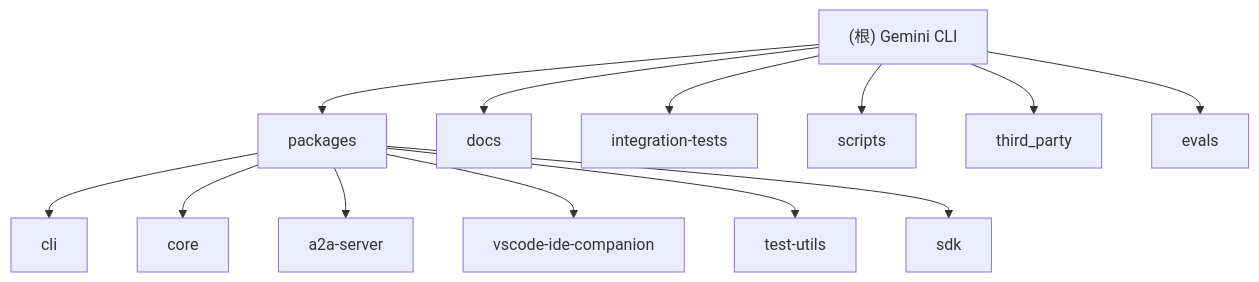
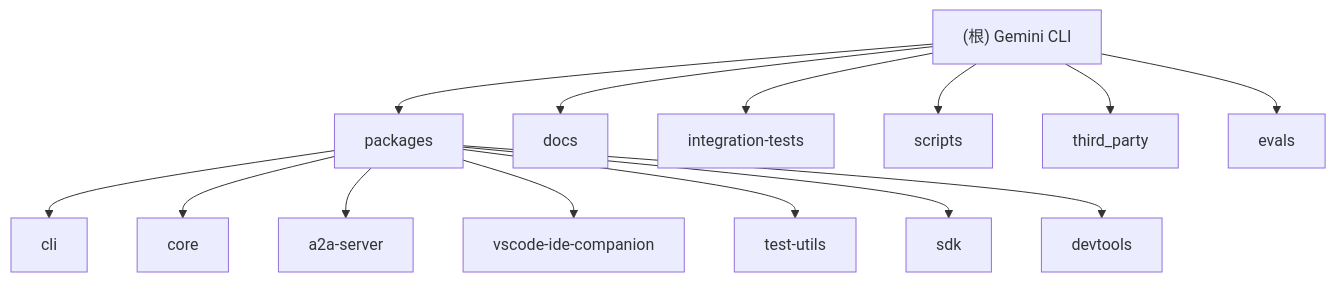
Before and after one commit to afanty2021/gemini-cli: the diagram in CLAUDE.md, drawn with Mermaid. The commit also changed other lines of this file, not shown here.

Commit message:
Update CLAUDE.md context documentation

````diff
--- a/CLAUDE.md
+++ b/CLAUDE.md
@@ -69,26 +106,28 @@
 ```mermaid
 graph TD
     A["(根) Gemini CLI"] --> B["packages"];
     B --> C["cli"];
     B --> D["core"];
     B --> E["a2a-server"];
     B --> F["vscode-ide-companion"];
     B --> G["test-utils"];
     B --> H["sdk"];
+    B --> I["devtools"];
 
-    A --> I["docs"];
-    A --> J["integration-tests"];
-    A --> K["scripts"];
-    A --> L["third_party"];
-    A --> M["evals"];
+    A --> J["docs"];
+    A --> K["integration-tests"];
+    A --> L["scripts"];
+    A --> M["third_party"];
+    A --> N["evals"];
 
     click C "./packages/cli/CLAUDE.md" "查看 CLI 模块文档"
     click D "./packages/core/CLAUDE.md" "查看 Core 模块文档"
     click E "./packages/a2a-server/CLAUDE.md" "查看 A2A Server 模块文档"
     click F "./packages/vscode-ide-companion/CLAUDE.md" "查看 VSCode IDE Companion 模块文档"
     click G "./packages/test-utils/CLAUDE.md" "查看 Test Utils 模块文档"
     click H "./packages/sdk/SDK_DESIGN.md" "查看 SDK 模块文档"
-    click I "./docs/CLAUDE.md" "查看 文档模块"
-    click J "./integration-tests/CLAUDE.md" "查看 集成测试模块"
-    click K "./scripts/CLAUDE.md" "查看 构建脚本模块"
+    click I "./packages/devtools/GEMINI.md" "查看 DevTools 模块文档"
+    click J "./docs/CLAUDE.md" "查看 文档模块"
+    click K "./integration-tests/CLAUDE.md" "查看 集成测试模块"
+    click L "./scripts/CLAUDE.md" "查看 构建脚本模块"
 ```
````
